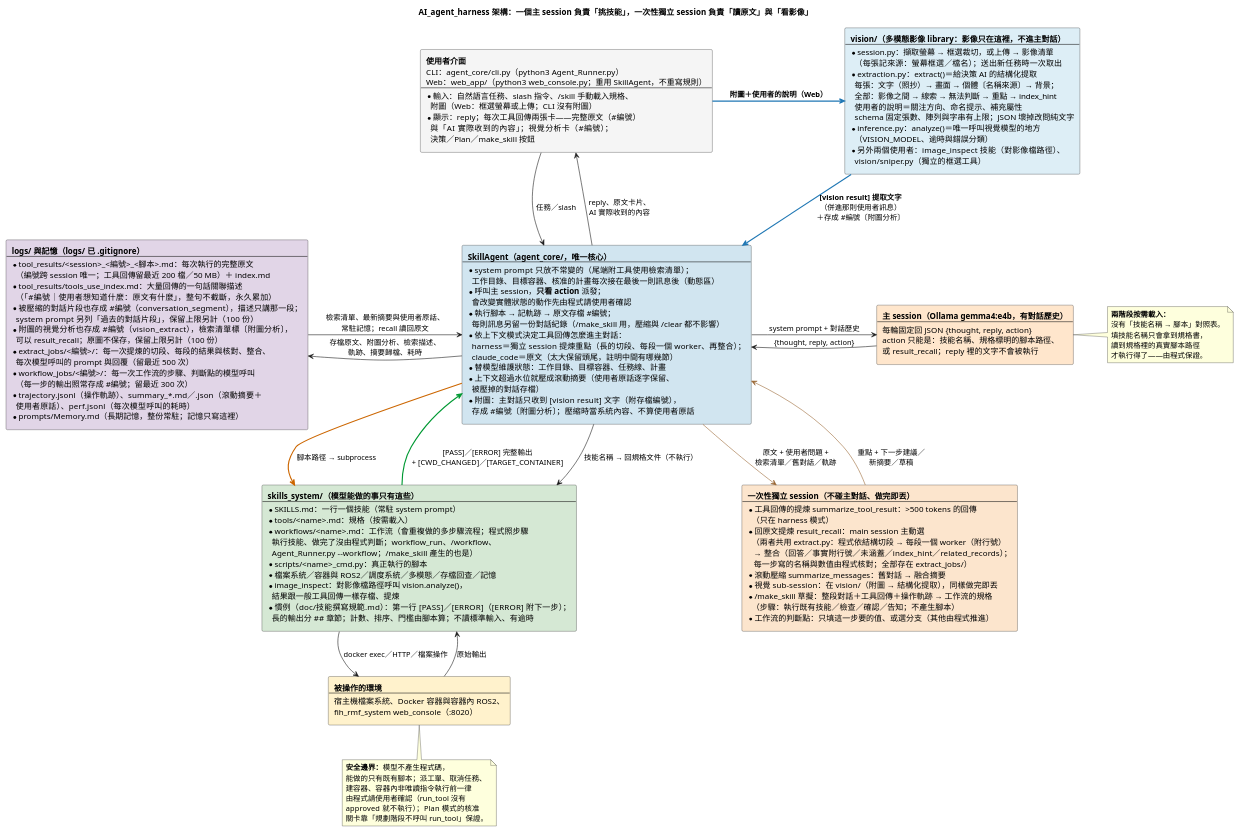
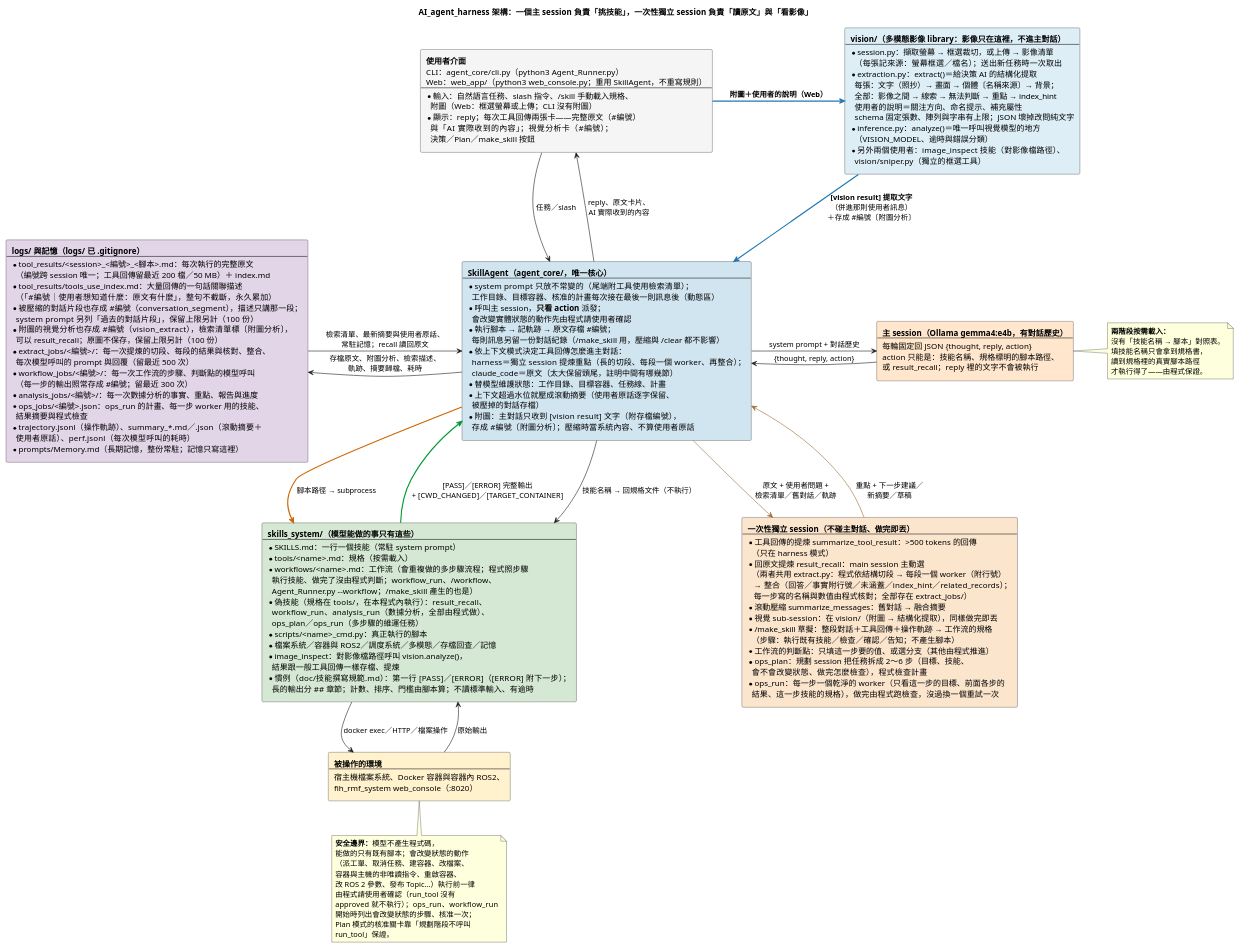
The diagram in doc/diagrams/AI_agent_harness的說明.puml (DavidZox/Coding_agnet), drawn with PlantUML before and after one commit. The commit also changed 13 other files, not shown here.

First line of the commit message:
Refactor documentation and diagrams for AI agent harness

```diff
--- a/doc/diagrams/AI_agent_harness的說明.puml
+++ b/doc/diagrams/AI_agent_harness的說明.puml
@@ -1,160 +1,174 @@
 @startuml
 ' --- 樣式精準控制 ---
 skinparam RectangleWidthMax 340
 skinparam ranksep 60
 skinparam nodesep 60
 skinparam shadowing false
 skinparam defaultFontName "Microsoft JhengHei"
 
 title AI_agent_harness 架構：一個主 session 負責「挑技能」，一次性獨立 session 負責「讀原文」與「看影像」
 
 rectangle NodeUser #F5F5F5 [
   **使用者介面**
   CLI：agent_core/cli.py（python3 Agent_Runner.py）
   Web：web_app/（python3 web_console.py；重用 SkillAgent，不重寫規則）
   ----
   * 輸入：自然語言任務、slash 指令、/skill 手動載入規格、
     附圖（Web：框選螢幕或上傳；CLI 沒有附圖）
   * 顯示：reply；每次工具回傳兩張卡——完整原文（#編號）
     與「AI 實際收到的內容」；視覺分析卡（#編號）；
     決策／Plan／make_skill 按鈕
 ]
 
 rectangle NodeVision #DDEEF6 [
   **vision/（多模態影像 library：影像只在這裡，不進主對話）**
   ----
   * session.py：擷取螢幕 → 框選裁切，或上傳 → 影像清單
     （每張記來源：螢幕框選／檔名）；送出新任務時一次取出
   * extraction.py：extract()＝給決策 AI 的結構化提取
     每張：文字（照抄）→ 畫面 → 個體〔名稱來源〕→ 背景；
     全部：影像之間 → 線索 → 無法判斷 → 重點 → index_hint
     使用者的說明＝關注方向、命名提示、補充屬性
     schema 固定張數、陣列與字串有上限；JSON 壞掉改問純文字
   * inference.py：analyze()＝唯一呼叫視覺模型的地方
     （VISION_MODEL、逾時與錯誤分類）
   * 另外兩個使用者：image_inspect 技能（對影像檔路徑）、
     vision/sniper.py（獨立的框選工具）
 ]
 
 rectangle NodeAgent #D1E5F0 [
   **SkillAgent（agent_core/，唯一核心）**
   ----
   * system prompt 只放不常變的（尾端附工具使用檢索清單）；
     工作目錄、目標容器、核准的計畫每次接在最後一則訊息後（動態區）
   * 呼叫主 session，**只看 action** 派發；
     會改變實體狀態的動作先由程式請使用者確認
   * 執行腳本 → 記軌跡 → 原文存檔 #編號；
     每則訊息另留一份對話紀錄（/make_skill 用，壓縮與 /clear 都不影響）
   * 依上下文模式決定工具回傳怎麼進主對話：
     harness＝獨立 session 提煉重點（長的切段、每段一個 worker、再整合）；
     claude_code＝原文（太大保留頭尾，註明中間有哪幾節）
   * 替模型維護狀態：工作目錄、目標容器、任務線、計畫
   * 上下文超過水位就壓成滾動摘要（使用者原話逐字保留、
     被壓掉的對話存檔）
   * 附圖：主對話只收到 [vision result] 文字（附存檔編號），
     存成 #編號〔附圖分析〕；壓縮時當系統內容、不算使用者原話
 ]
 
 rectangle NodeLLM #FFE6CC [
   **主 session（Ollama gemma4:e4b，有對話歷史）**
   ----
   每輪固定回 JSON {thought, reply, action}
   action 只能是：技能名稱、規格標明的腳本路徑、
   或 result_recall；reply 裡的文字不會被執行
 ]
 
 rectangle NodeSub #FCE5CD [
   **一次性獨立 session（不碰主對話、做完即丟）**
   ----
   * 工具回傳的提煉 summarize_tool_result：>500 tokens 的回傳
     （只在 harness 模式）
   * 回原文提煉 result_recall：main session 主動選
     （兩者共用 extract.py：程式依結構切段 → 每段一個 worker（附行號）
      → 整合（回答／事實附行號／未涵蓋／index_hint／related_records）；
      每一步寫的名稱與數值由程式核對；全部存在 extract_jobs/）
   * 滾動壓縮 summarize_messages：舊對話 → 融合摘要
   * 視覺 sub-session：在 vision/（附圖 → 結構化提取），同樣做完即丟
   * /make_skill 草擬：整段對話＋工具回傳＋操作軌跡 → 工作流的規格
     （步驟：執行既有技能／檢查／確認／告知；不產生腳本）
   * 工作流的判斷點：只填這一步要的值、或選分支（其他由程式推進）
+  * ops_plan：規劃 session 把任務拆成 2～6 步（目標、技能、
+    會不會改變狀態、做完怎麼檢查），程式檢查計畫
+  * ops_run：每一步一個乾淨的 worker（只看這一步的目標、前面各步的
+    結果、這一步技能的規格），做完由程式跑檢查，沒過換一個重試一次
 ]
 
 rectangle NodeSkills #D5E8D4 [
   **skills_system/（模型能做的事只有這些）**
   ----
   * SKILLS.md：一行一個技能（常駐 system prompt）
   * tools/<name>.md：規格（按需載入）
   * workflows/<name>.md：工作流（會重複做的多步驟流程；程式照步驟
     執行技能、做完了沒由程式判斷；workflow_run、/workflow、
     Agent_Runner.py --workflow；/make_skill 產生的也是）
+  * 偽技能（規格在 tools/，在本程式內執行）：result_recall、
+    workflow_run、analysis_run（數據分析，全部由程式做）、
+    ops_plan／ops_run（多步驟的維運任務）
   * scripts/<name>_cmd.py：真正執行的腳本
   * 檔案系統／容器與 ROS2／調度系統／多模態／存檔回查／記憶
   * image_inspect：對影像檔路徑呼叫 vision.analyze()，
     結果跟一般工具回傳一樣存檔、提煉
   * 慣例（doc/技能撰寫規範.md）：第一行 [PASS]／[ERROR]（[ERROR] 附下一步）；
     長的輸出分 ## 章節；計數、排序、門檻由腳本算；不讀標準輸入、有逾時
 ]
 
 rectangle NodeWorld #FFF2CC [
   **被操作的環境**
   ----
   宿主機檔案系統、Docker 容器與容器內 ROS2、
   fih_rmf_system web_console（:8020）
 ]
 
 rectangle NodeStore #E1D5E7 [
   **logs/ 與記憶（logs/ 已 .gitignore）**
   ----
   * tool_results/<session>_<編號>_<腳本>.md：每次執行的完整原文
     （編號跨 session 唯一；工具回傳留最近 200 檔／50 MB）＋ index.md
   * tool_results/tools_use_index.md：大量回傳的一句話關聯描述
     （「#編號｜使用者想知道什麼：原文有什麼」，整句不截斷，永久累加）
   * 被壓縮的對話片段也存成 #編號（conversation_segment），描述只講那一段；
     system prompt 另列「過去的對話片段」，保留上限另計（100 份）
   * 附圖的視覺分析也存成 #編號（vision_extract），檢索清單標〔附圖分析〕，
     可以 result_recall；原圖不保存，保留上限另計（100 份）
   * extract_jobs/<編號>/：每一次提煉的切段、每段的結果與核對、整合、
     每次模型呼叫的 prompt 與回覆（留最近 500 次）
   * workflow_jobs/<編號>/：每一次工作流的步驟、判斷點的模型呼叫
     （每一步的輸出照常存成 #編號；留最近 300 次）
+  * analysis_jobs/<編號>/：每一次數據分析的事實、重點、報告與進度
+  * ops_jobs/<編號>.json：ops_run 的計畫、每一步 worker 用的技能、
+    結果摘要與程式檢查
   * trajectory.jsonl（操作軌跡）、summary_*.md／.json（滾動摘要＋
     使用者原話）、perf.jsonl（每次模型呼叫的耗時）
   * prompts/Memory.md（長期記憶，整份常駐；記憶只寫這裡）
 ]
 
 NodeUser -down-> NodeAgent : 任務／slash
 NodeAgent -up-> NodeUser : reply、原文卡片、\nAI 實際收到的內容
 NodeAgent -right-> NodeLLM : system prompt + 對話歷史
 NodeLLM -left-> NodeAgent : {thought, reply, action}
 NodeAgent -[#996633]right-> NodeSub : 原文 + 使用者問題 +\n檢索清單／舊對話／軌跡
 NodeSub -[#996633]left-> NodeAgent : 重點 + 下一步建議／\n新摘要／草稿
 NodeUser -[#1F77B4,bold]right-> NodeVision : **附圖＋使用者的說明（Web）**
 NodeVision -[#1F77B4,bold]down-> NodeAgent : **[vision result] 提取文字**\n（併進那則使用者訊息）\n＋存成 #編號〔附圖分析〕
 NodeAgent -down-> NodeSkills : 技能名稱 → 回規格文件（不執行）
 NodeAgent -[#CC6600,bold]down-> NodeSkills : 腳本路徑 → subprocess
 NodeSkills -down-> NodeWorld : docker exec／HTTP／檔案操作
 NodeWorld -up-> NodeSkills : 原始輸出
 NodeSkills -[#009933,bold]up-> NodeAgent : [PASS]／[ERROR] 完整輸出\n+ [CWD_CHANGED]／[TARGET_CONTAINER]
 NodeAgent -left-> NodeStore : 存檔原文、附圖分析、檢索描述、\n軌跡、摘要歸檔、耗時
 NodeStore -right-> NodeAgent : 檢索清單、最新摘要與使用者原話、\n常駐記憶；recall 讀回原文
 NodeLLM -[hidden]down-> NodeSub
 NodeVision -[hidden]down-> NodeLLM
 
 note right of NodeLLM
   **兩階段按需載入：**
   沒有「技能名稱 → 腳本」對照表。
   填技能名稱只會拿到規格書，
   讀到規格裡的真實腳本路徑
   才執行得了——由程式保證。
 end note
 
 note bottom of NodeWorld
   **安全邊界：**模型不產生程式碼，
-  能做的只有既有腳本；派工單、取消任務、
-  建容器、容器內非唯讀指令執行前一律
+  能做的只有既有腳本；會改變狀態的動作
+  （派工單、取消任務、建容器、改檔案、
+  容器與主機的非唯讀指令、重啟容器、
+  改 ROS 2 參數、發布 Topic…）執行前一律
   由程式請使用者確認（run_tool 沒有
-  approved 就不執行）；Plan 模式的核准
-  關卡靠「規劃階段不呼叫 run_tool」保證。
+  approved 就不執行）；ops_run、workflow_run
+  開始時列出會改變狀態的步驟、核准一次；
+  Plan 模式的核准關卡靠「規劃階段不呼叫
+  run_tool」保證。
 end note
 
 @enduml
```
